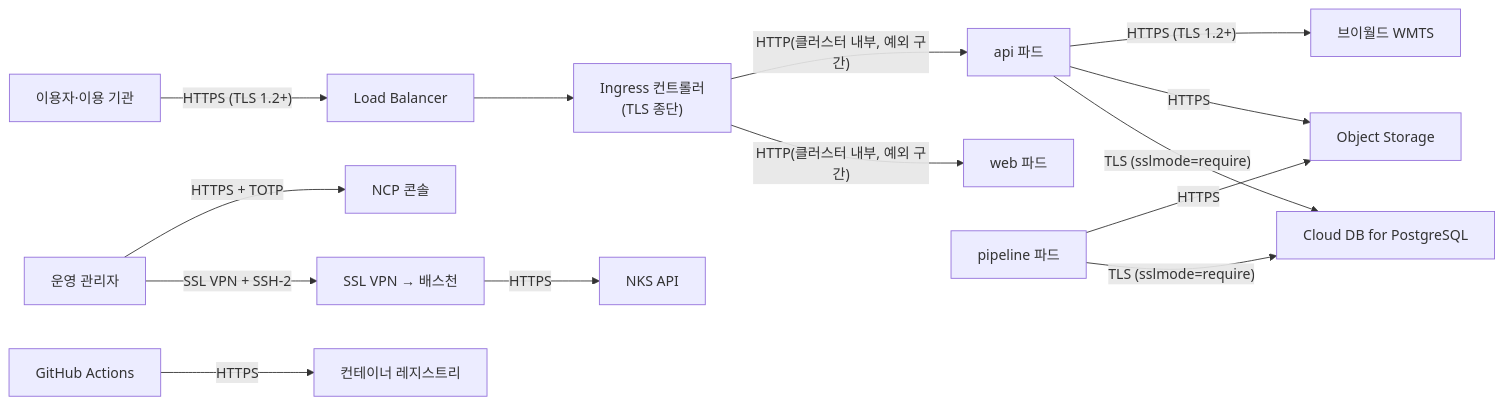
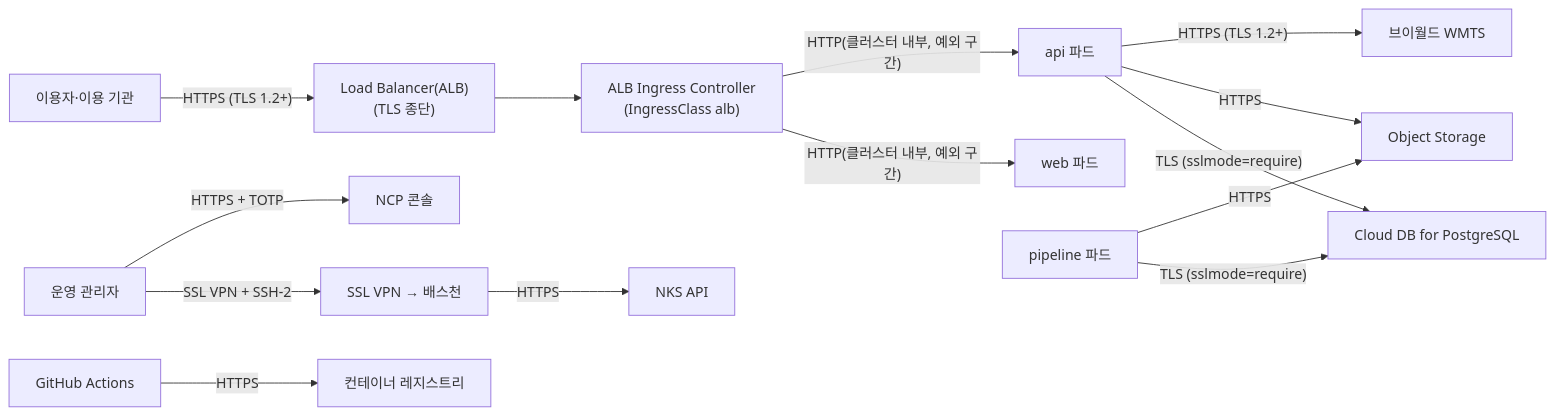
The diagram in .ai-workflow/work/tasks/CSAP-인증준비/11 대기중/11.1.4 네트워크 암호화/02. 암호화 통신 채널 사용 현황.md (garam-park/inp-devops), drawn with Mermaid before and after one commit. The commit also changed other lines of this file and 71 other files, not shown here.

Commit message:
CSAP 인증준비: 운영 인프라 1차 구축 사실 반영(대기중 59, 작성완료 10, 공통 기준·index), TLS 종단 ALB 결정, 기록 10-21/08

````diff
--- a/.ai-workflow/work/tasks/CSAP-인증준비/11 대기중/11.1.4 네트워크 암호화/02. 암호화 통신 채널 사용 현황.md
+++ b/.ai-workflow/work/tasks/CSAP-인증준비/11 대기중/11.1.4 네트워크 암호화/02. 암호화 통신 채널 사용 현황.md
@@ -46,31 +48,31 @@
 ```mermaid
 flowchart LR
     USER["이용자·이용 기관"]
     ADMIN["운영 관리자"]
-    LB["Load Balancer"]
-    ING["Ingress 컨트롤러<br/>(TLS 종단)"]
+    LB["Load Balancer(ALB)<br/>(TLS 종단)"]
+    ING["ALB Ingress Controller<br/>(IngressClass alb)"]
     WEB["web 파드"]
     API["api 파드"]
     PIPE["pipeline 파드"]
     DB["Cloud DB for PostgreSQL"]
     OBJ["Object Storage"]
     EXT["브이월드 WMTS"]
     VPN["SSL VPN → 배스천"]
     CONSOLE["NCP 콘솔"]
     K8S["NKS API"]
     CI["GitHub Actions"]
     REG["컨테이너 레지스트리"]
 
     USER -- "HTTPS (TLS 1.2+)" --> LB --> ING
     ING -- "HTTP(클러스터 내부, 예외 구간)" --> WEB
     ING -- "HTTP(클러스터 내부, 예외 구간)" --> API
     API -- "TLS (sslmode=require)" --> DB
     PIPE -- "TLS (sslmode=require)" --> DB
     API -- "HTTPS" --> OBJ
     PIPE -- "HTTPS" --> OBJ
     API -- "HTTPS (TLS 1.2+)" --> EXT
     ADMIN -- "SSL VPN + SSH-2" --> VPN
     VPN -- "HTTPS" --> K8S
     ADMIN -- "HTTPS + TOTP" --> CONSOLE
     CI -- "HTTPS" --> REG
 ```
````
